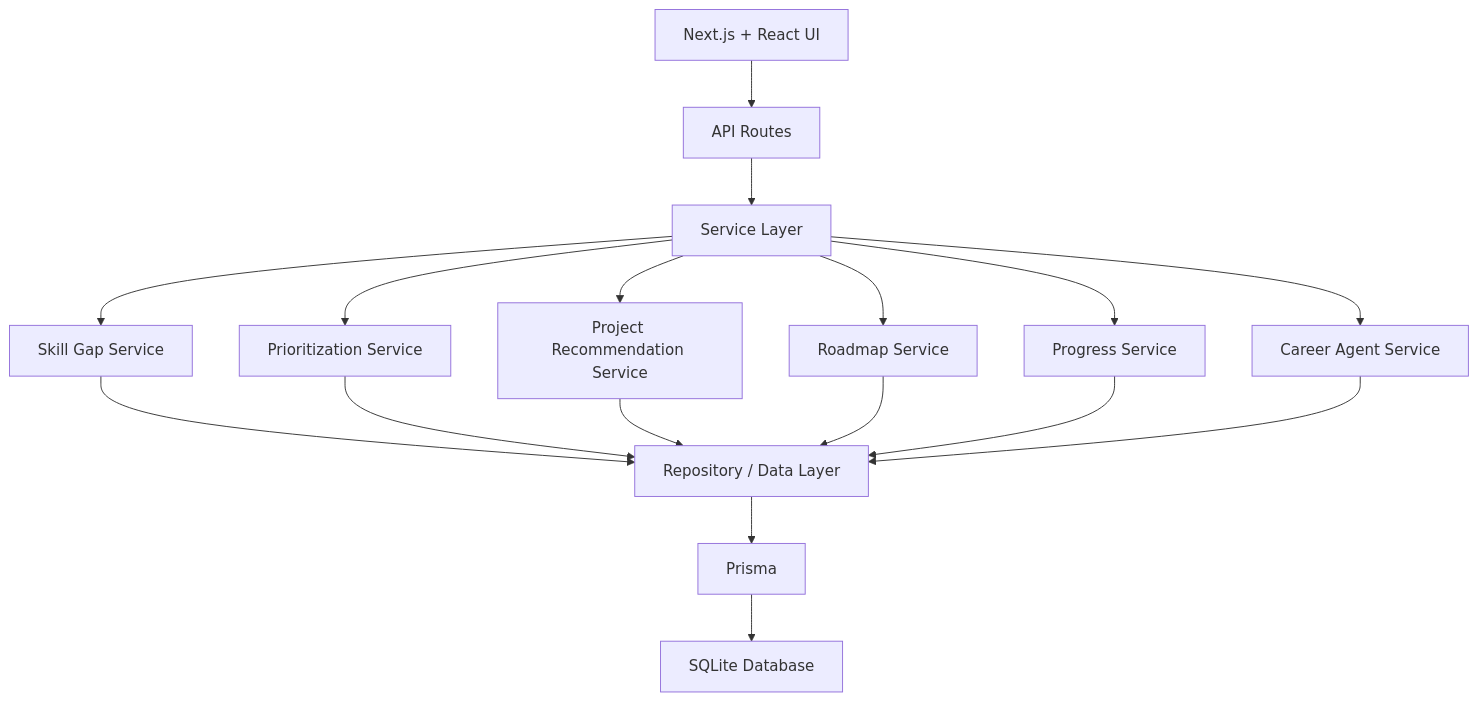
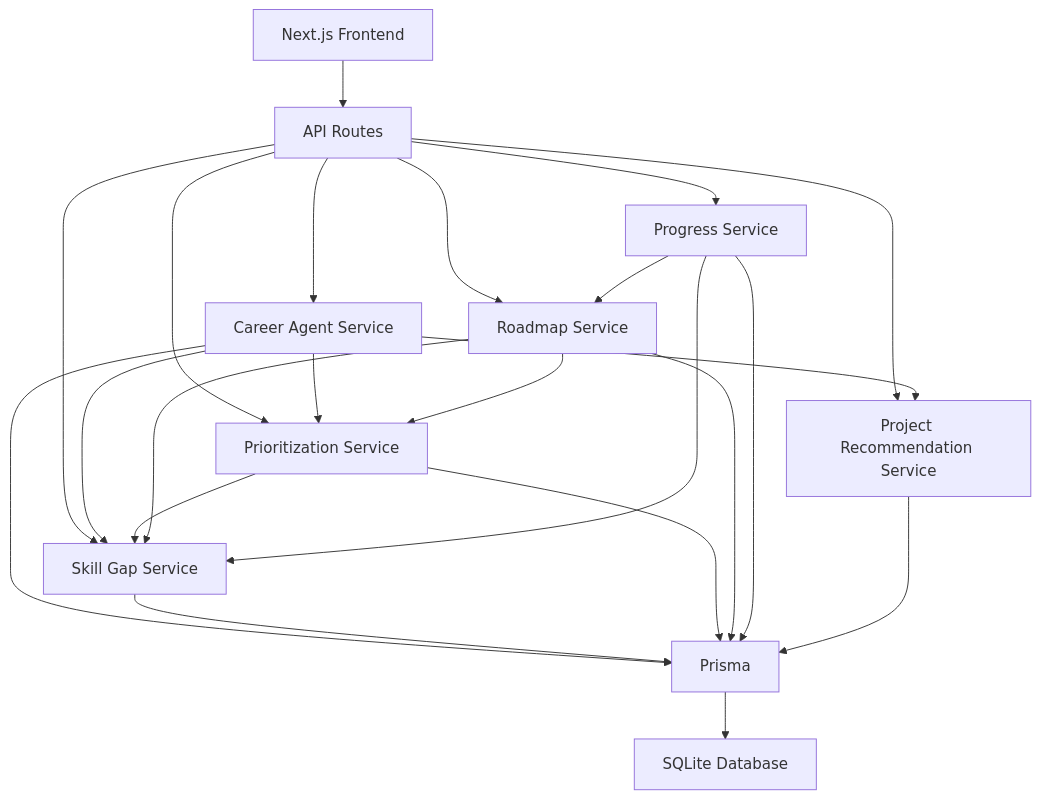
The seventh of 9 diagrams in README.md (itsdivyanshuno/gaply-bnb-2026), drawn with Mermaid before and after one commit. The commit also changed other lines of this file, not shown here.

````diff
--- a/README.md
+++ b/README.md
@@ -335,22 +339,30 @@
 ```mermaid
 flowchart TD
-    A["Next.js + React UI"] --> B["API Routes"]
-    B --> C["Service Layer"]
+    A["Next.js Frontend"] --> B["API Routes"]
 
-    C --> D["Skill Gap Service"]
-    C --> E["Prioritization Service"]
-    C --> F["Project Recommendation Service"]
-    C --> G["Roadmap Service"]
-    C --> H["Progress Service"]
-    C --> I["Career Agent Service"]
+    B --> C["Career Agent Service"]
+    B --> D["Skill Gap Service"]
+    B --> E["Prioritization Service"]
+    B --> F["Roadmap Service"]
+    B --> G["Progress Service"]
+    B --> H["Project Recommendation Service"]
 
-    D --> J["Repository / Data Layer"]
-    E --> J
-    F --> J
-    G --> J
-    H --> J
-    I --> J
+    C --> D
+    C --> E
+    C --> H
 
-    J --> K["Prisma"]
-    K --> L["SQLite Database"]
+    E --> D
+    F --> D
+    F --> E
+    G --> D
+    G --> F
+
+    C --> I["Prisma"]
+    D --> I
+    E --> I
+    F --> I
+    G --> I
+    H --> I
+
+    I --> J["SQLite Database"]
 ```
````
